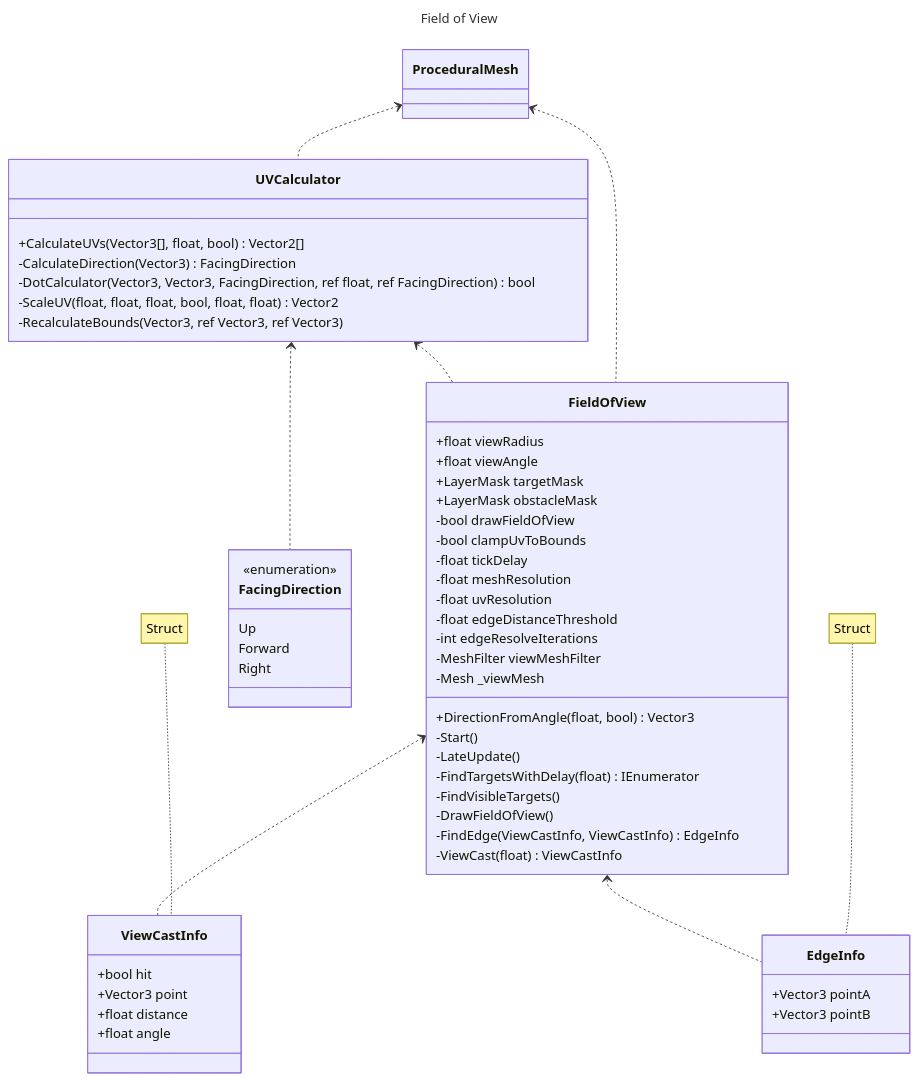
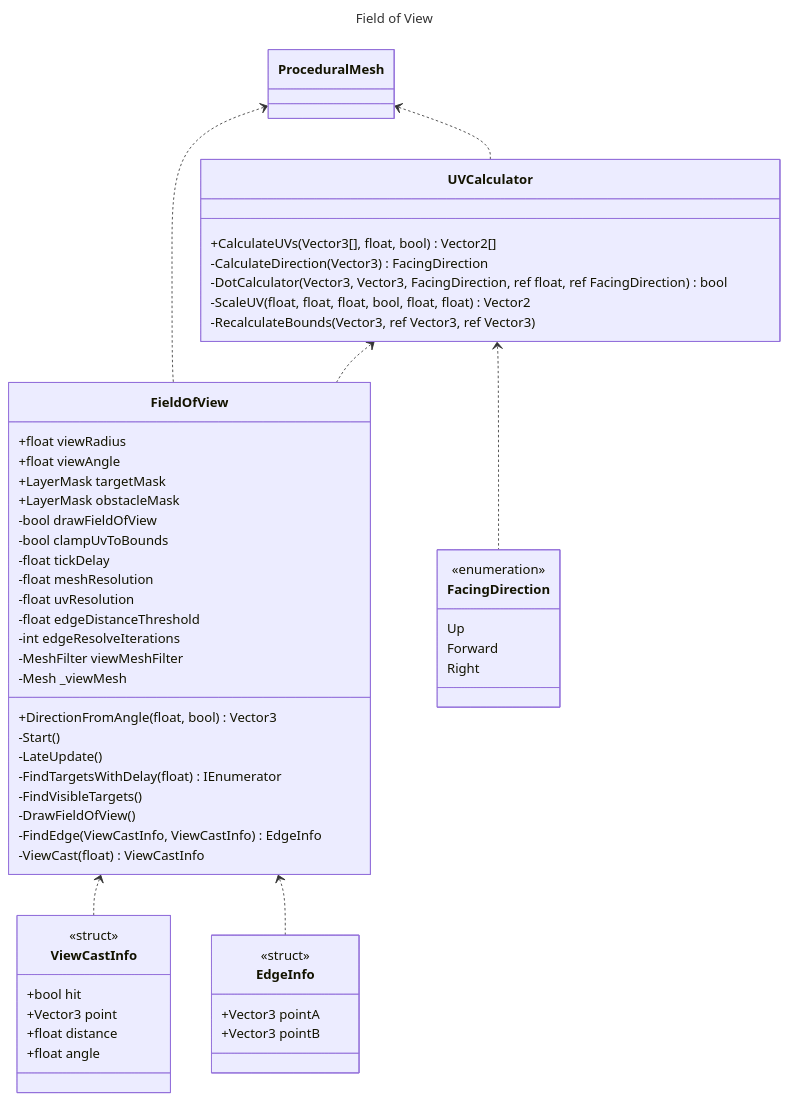
Before and after one commit to Calvin-Davidson/Examen: the first of 3 diagrams in README.md, drawn with Mermaid.

Commit message:
Added struct notes

````diff
--- a/README.md
+++ b/README.md
@@ -49,65 +49,65 @@
 ```mermaid
 ---
 title: Field of View
 ---
 classDiagram
-    note for ViewCastInfo "Struct"
-    note for EdgeInfo "Struct"
     FieldOfView <.. ViewCastInfo
     FieldOfView <.. EdgeInfo
     UVCalculator <.. FacingDirection
     ProceduralMesh <.. FieldOfView
     UVCalculator <.. FieldOfView
     ProceduralMesh <.. UVCalculator
     class ViewCastInfo{
+        <<struct>>
         +bool hit
-		+Vector3 point
-		+float distance
-		+float angle
+		    +Vector3 point
+		    +float distance
+		    +float angle
     }
     class EdgeInfo{
+        <<struct>>
         +Vector3 pointA
-		+Vector3 pointB
+		    +Vector3 pointB
     }
     class FacingDirection{
         <<enumeration>>
         Up
         Forward
         Right
     }
     class FieldOfView{
         +float viewRadius
         +float viewAngle
         +LayerMask targetMask
         +LayerMask obstacleMask
 
         -bool drawFieldOfView
         -bool clampUvToBounds
         -float tickDelay
         -float meshResolution
         -float uvResolution
         -float edgeDistanceThreshold
         -int edgeResolveIterations
         -MeshFilter viewMeshFilter
         -Mesh _viewMesh
 
         +DirectionFromAngle(float, bool) Vector3
         -Start()
         -LateUpdate()
         -FindTargetsWithDelay(float) IEnumerator
         -FindVisibleTargets()
         -DrawFieldOfView()
         -FindEdge(ViewCastInfo, ViewCastInfo) EdgeInfo
         -ViewCast(float) ViewCastInfo
     }
     class UVCalculator{
         +CalculateUVs(Vector3[], float, bool) Vector2[]
         -CalculateDirection(Vector3) FacingDirection
         -DotCalculator(Vector3, Vector3, FacingDirection, ref float, ref FacingDirection) bool
         -ScaleUV(float, float, float, bool, float, float) Vector2
         -RecalculateBounds(Vector3, ref Vector3, ref Vector3)
     }
     class ProceduralMesh {
 
     }
 ```
````
